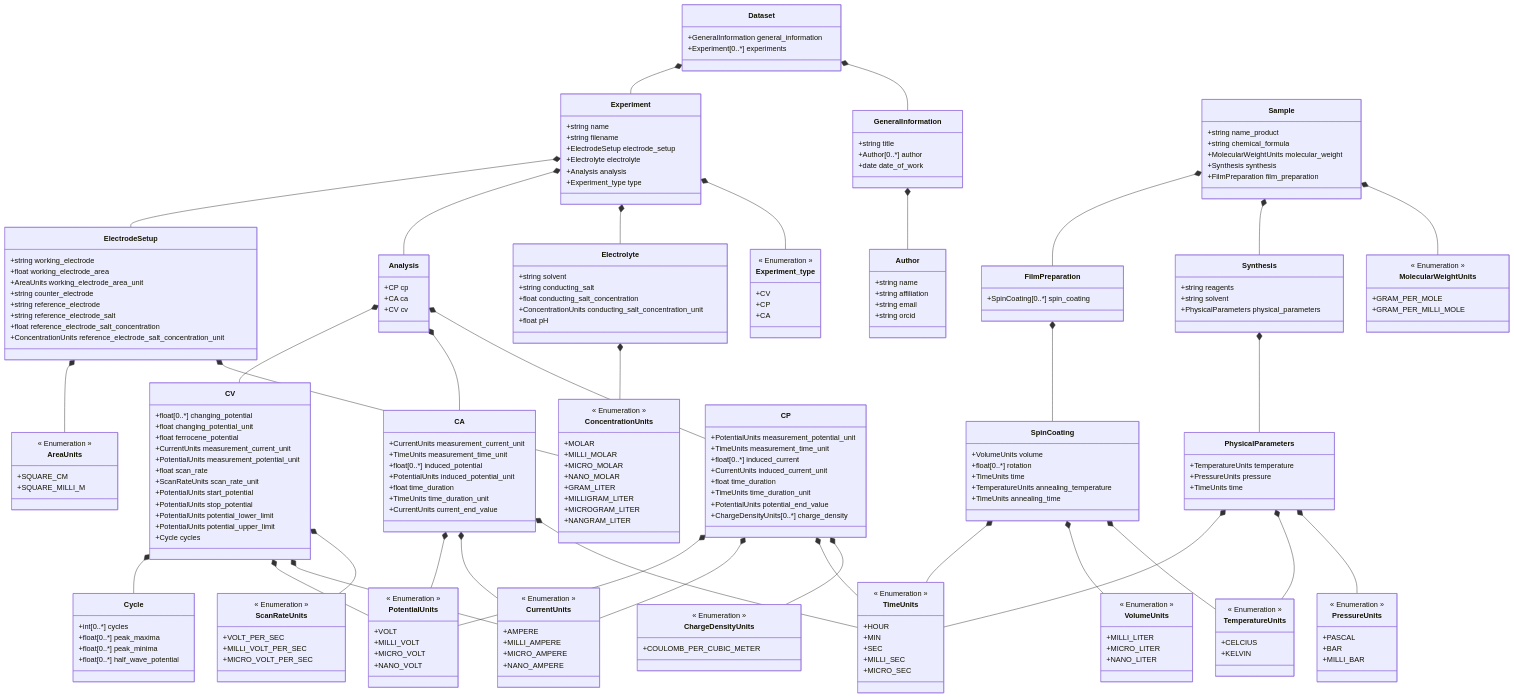
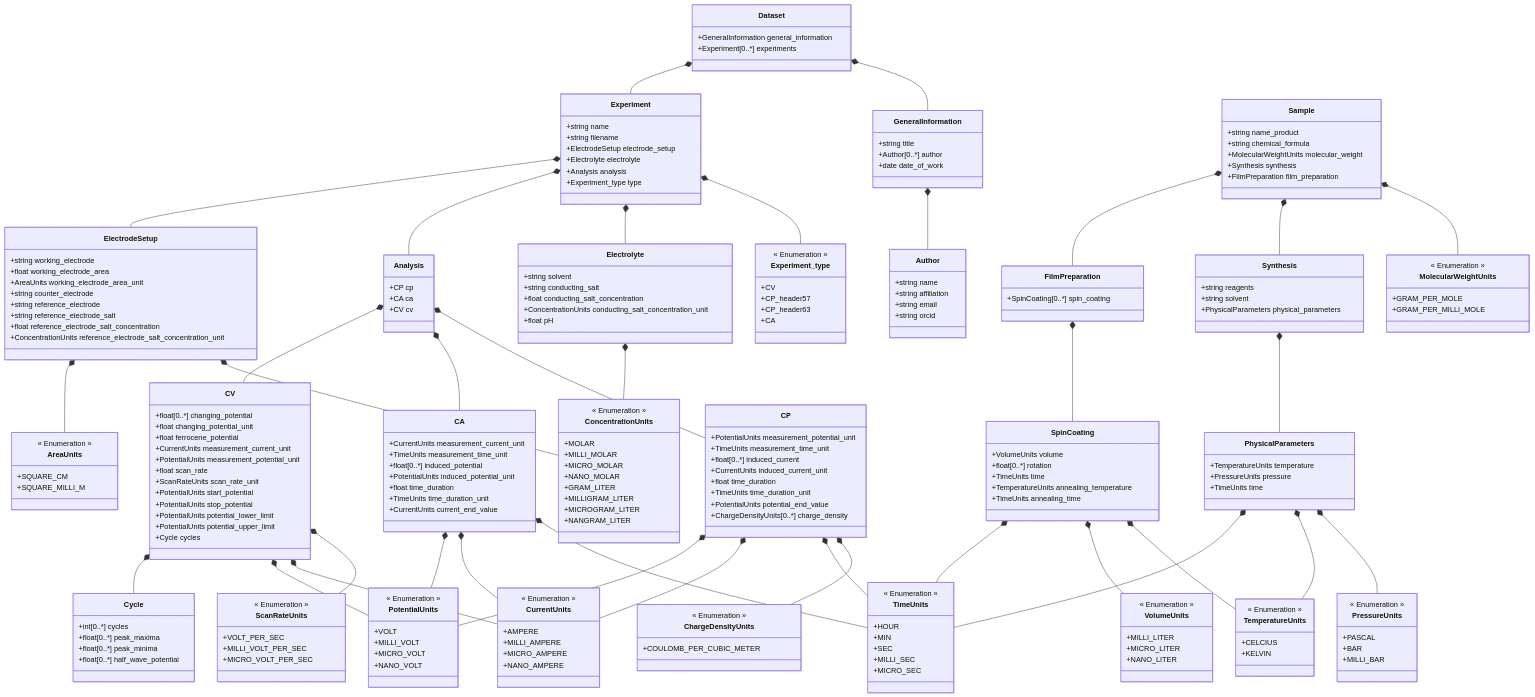
Before and after one commit to FAIRChemistry/datamodel-electrochemistry: the diagram in ElectrochemistryDataModel/schemes/electrochemistrydatamodel_schema.md, drawn with Mermaid. The commit also changed 19 other files, not shown here.

```diff
--- a/ElectrochemistryDataModel/schemes/electrochemistrydatamodel_schema.md
+++ b/ElectrochemistryDataModel/schemes/electrochemistrydatamodel_schema.md
@@ -166,7 +166,8 @@
     class Experiment_type {
         << Enumeration >>
         +CV
-        +CP
+        +CP_header57
+        +CP_header63
         +CA
     }
     
```
